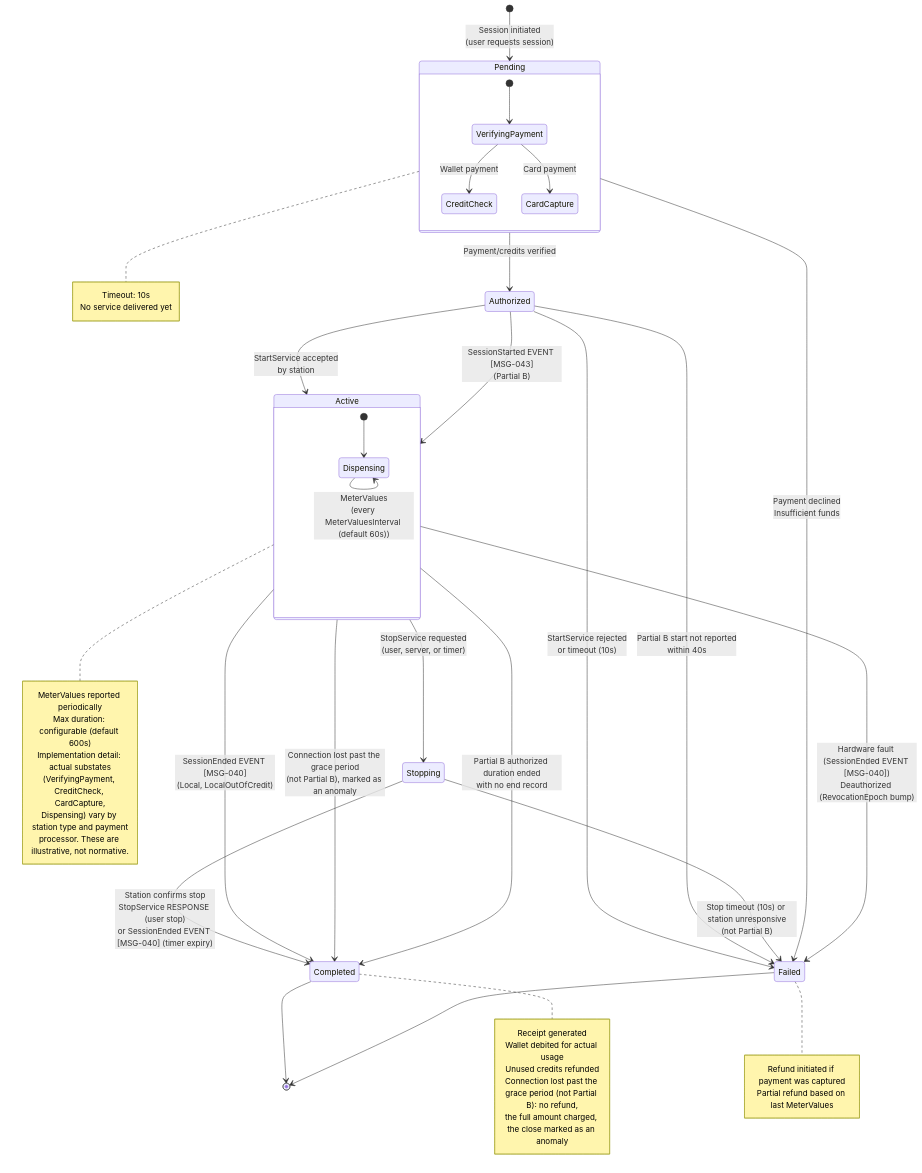
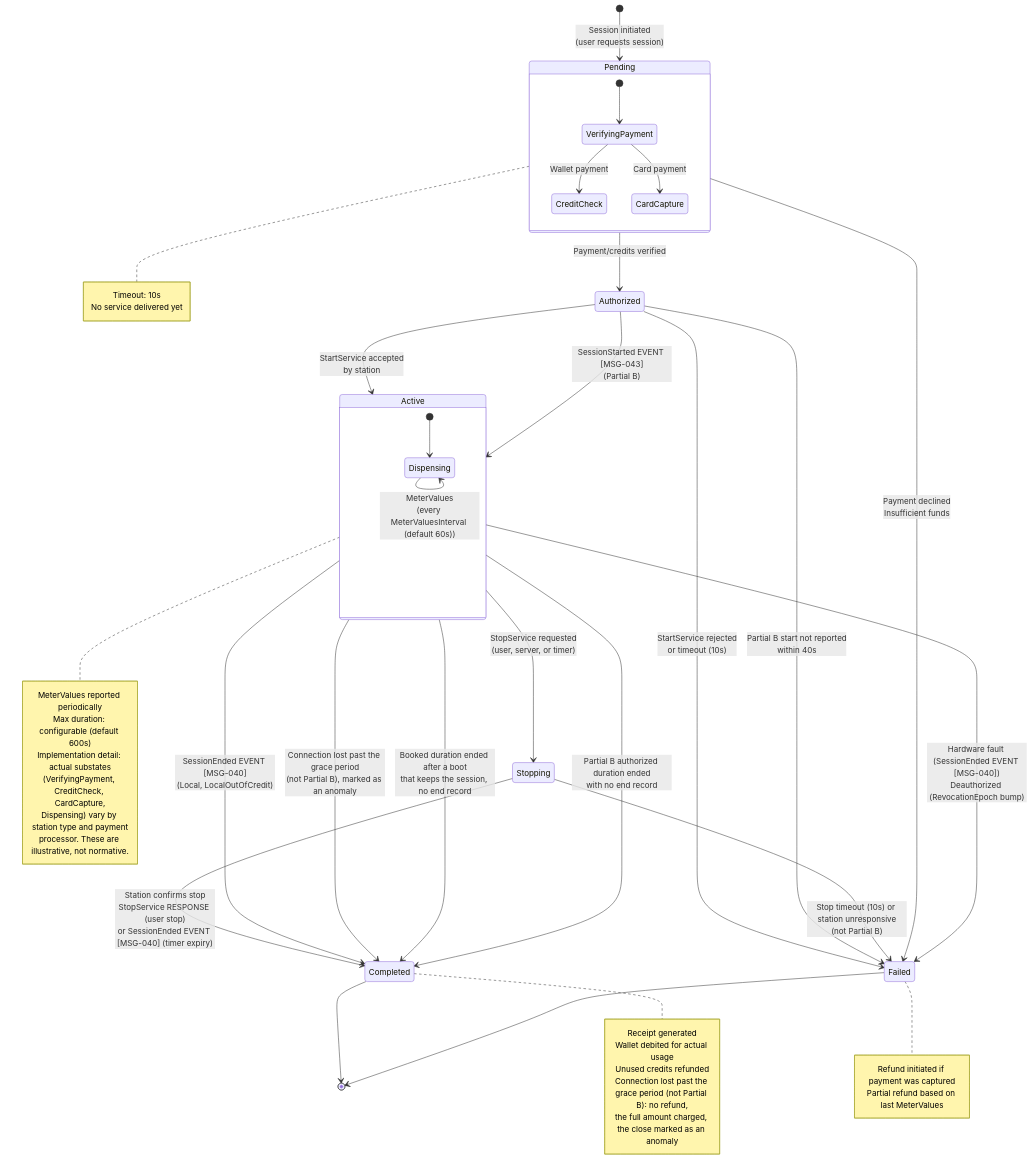
The diagram in diagrams/state-machine-session.mmd (ospp-org/spec), drawn with Mermaid before and after one commit. The commit also changed 10 other files, not shown here.

```diff
--- a/diagrams/state-machine-session.mmd
+++ b/diagrams/state-machine-session.mmd
@@ -1,63 +1,64 @@
 %% OSPP Session Lifecycle State Machine
 %% Reference: spec/05-state-machines.md, Section 3
 
 stateDiagram-v2
     [*] --> Pending : Session initiated<br/>(user requests session)
 
     Pending --> Authorized : Payment/credits verified
     Pending --> Failed : Payment declined<br/>Insufficient funds
 
     Authorized --> Active : StartService accepted<br/>by station
     Authorized --> Active : SessionStarted EVENT [MSG-043]<br/>(Partial B)
     Authorized --> Failed : StartService rejected<br/>or timeout (10s)
     Authorized --> Failed : Partial B start not reported<br/>within 40s
 
     Active --> Stopping : StopService requested<br/>(user, server, or timer)
     Active --> Completed : SessionEnded EVENT [MSG-040]<br/>(Local, LocalOutOfCredit)
     Active --> Failed : Hardware fault (SessionEnded EVENT [MSG-040])<br/>Deauthorized (RevocationEpoch bump)
     Active --> Completed : Connection lost past the grace period<br/>(not Partial B), marked as an anomaly
+    Active --> Completed : Booked duration ended after a boot<br/>that keeps the session, no end record
     Active --> Completed : Partial B authorized duration ended<br/>with no end record
 
     Stopping --> Completed : Station confirms stop<br/>StopService RESPONSE (user stop)<br/>or SessionEnded EVENT [MSG-040] (timer expiry)
     Stopping --> Failed : Stop timeout (10s) or station unresponsive<br/>(not Partial B)
 
     Completed --> [*]
     Failed --> [*]
 
     state Pending {
         [*] --> VerifyingPayment
         VerifyingPayment --> CreditCheck : Wallet payment
         VerifyingPayment --> CardCapture : Card payment
     }
 
     state Active {
         [*] --> Dispensing
         Dispensing --> Dispensing : MeterValues<br/>(every MeterValuesInterval (default 60s))
     }
 
     note right of Pending
         Timeout: 10s
         No service delivered yet
     end note
 
     note right of Active
         MeterValues reported periodically
         Max duration: configurable (default 600s)
         Implementation detail: actual substates
         (VerifyingPayment, CreditCheck, CardCapture,
         Dispensing) vary by station type and payment
         processor. These are illustrative, not normative.
     end note
 
     note right of Completed
         Receipt generated
         Wallet debited for actual usage
         Unused credits refunded
         Connection lost past the grace period (not Partial B): no refund,
         the full amount charged, the close marked as an anomaly
     end note
 
     note right of Failed
         Refund initiated if payment was captured
         Partial refund based on last MeterValues
     end note
```
